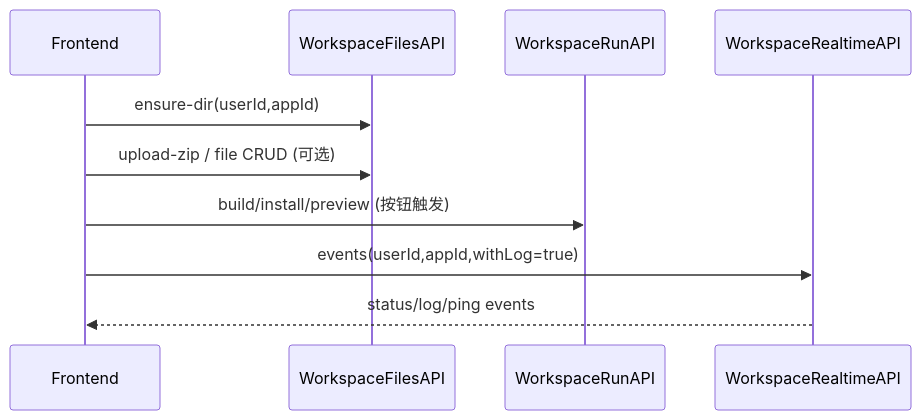
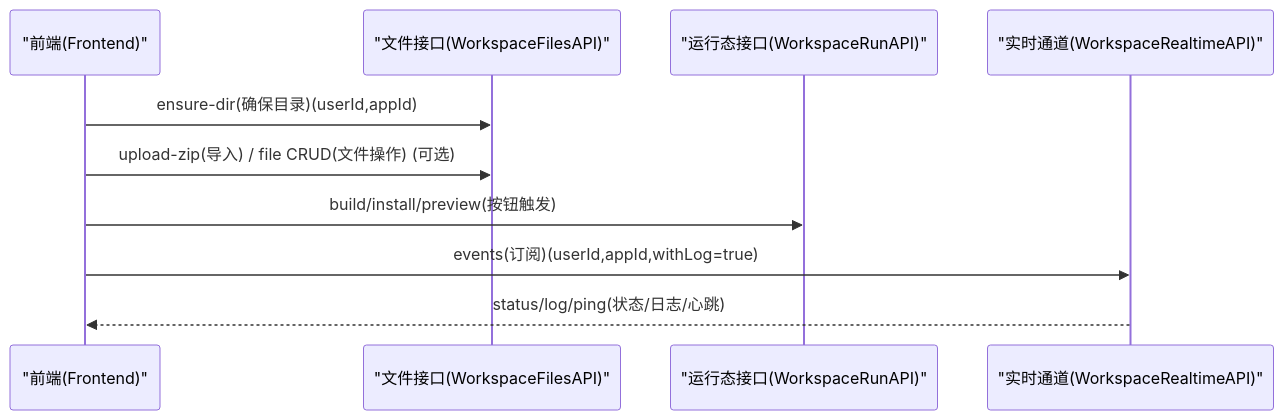
Before and after one commit to ruiAndroid/fun-ai-studio-api: the diagram in src/main/resources/doc/domains/workspace/README.md, drawn with Mermaid. The commit also changed 10 other files, not shown here.

````diff
--- a/src/main/resources/doc/domains/workspace/README.md
+++ b/src/main/resources/doc/domains/workspace/README.md
@@ -40,13 +40,13 @@
 ```mermaid
 sequenceDiagram
-participant FE as Frontend
-participant WSFiles as WorkspaceFilesAPI
-participant WSRun as WorkspaceRunAPI
-participant SSE as WorkspaceRealtimeAPI
+participant FE as "前端(Frontend)"
+participant WSFiles as "文件接口(WorkspaceFilesAPI)"
+participant WSRun as "运行态接口(WorkspaceRunAPI)"
+participant SSE as "实时通道(WorkspaceRealtimeAPI)"
 
-FE->>WSFiles: ensure-dir(userId,appId)
-FE->>WSFiles: upload-zip / file CRUD (可选)
-FE->>WSRun: build/install/preview (按钮触发)
-FE->>SSE: events(userId,appId,withLog=true)
-SSE-->>FE: status/log/ping events
+FE->>WSFiles: ensure-dir(确保目录)(userId,appId)
+FE->>WSFiles: upload-zip(导入) / file CRUD(文件操作) (可选)
+FE->>WSRun: build/install/preview(按钮触发)
+FE->>SSE: events(订阅)(userId,appId,withLog=true)
+SSE-->>FE: status/log/ping(状态/日志/心跳)
 ```
````
